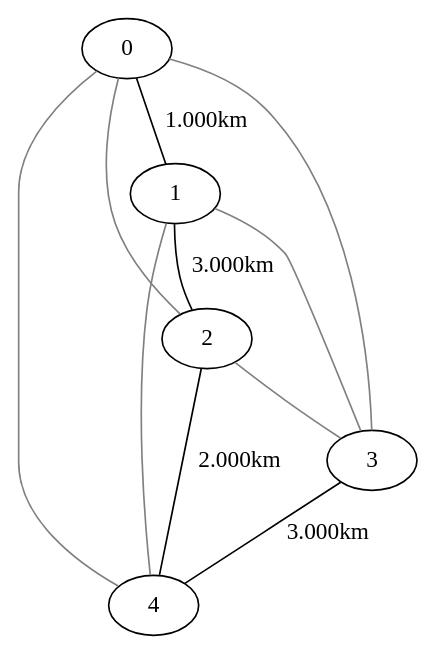
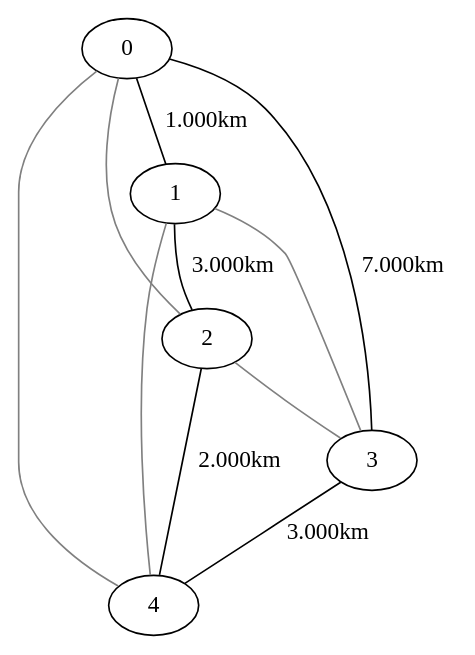
One commit to RenatoMoraesUFES/MCVRPIRFTW changed the diagram in bin/OUTPUT/01_PCV_solucao_pcv.dot. Above: the diagram before and after it, drawn with Graphviz. The commit also changed 7 other files, not shown here.

Commit message:
correcoes no graphviz

```diff
--- a/bin/OUTPUT/01_PCV_solucao_pcv.dot
+++ b/bin/OUTPUT/01_PCV_solucao_pcv.dot
@@ -1,12 +1,12 @@
 strict graph {
 0--1 [label =  "1.000km"];
 0--2 [color=grey];
-0--3 [color=grey];
+0--3 [label =  "7.000km"];
 0--4 [color=grey];
 1--2 [label =  "3.000km"];
 1--3 [color=grey];
 1--4 [color=grey];
 2--3 [color=grey];
 2--4 [label =  "2.000km"];
 3--4 [label = "3.000km"];
 }
```
